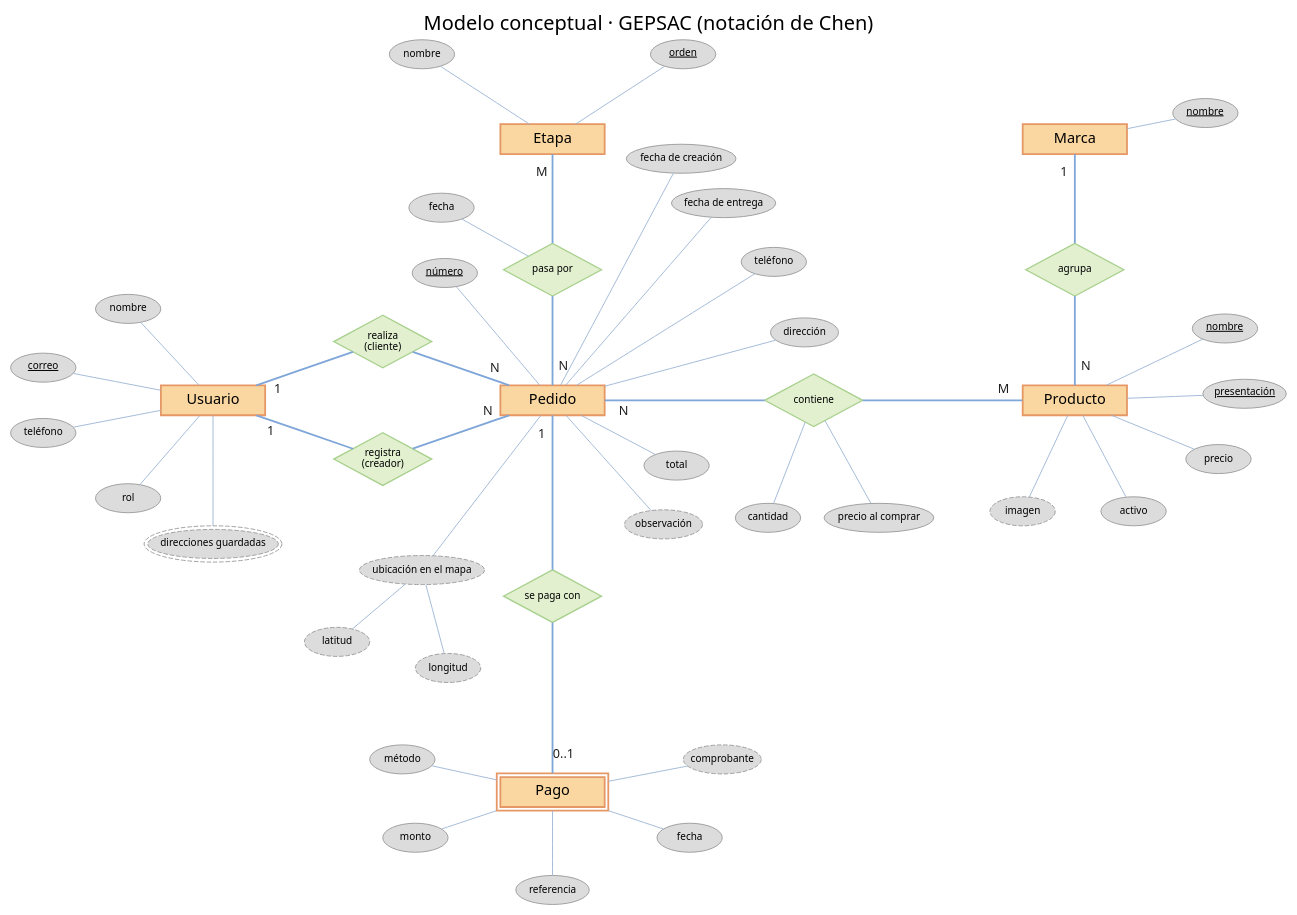
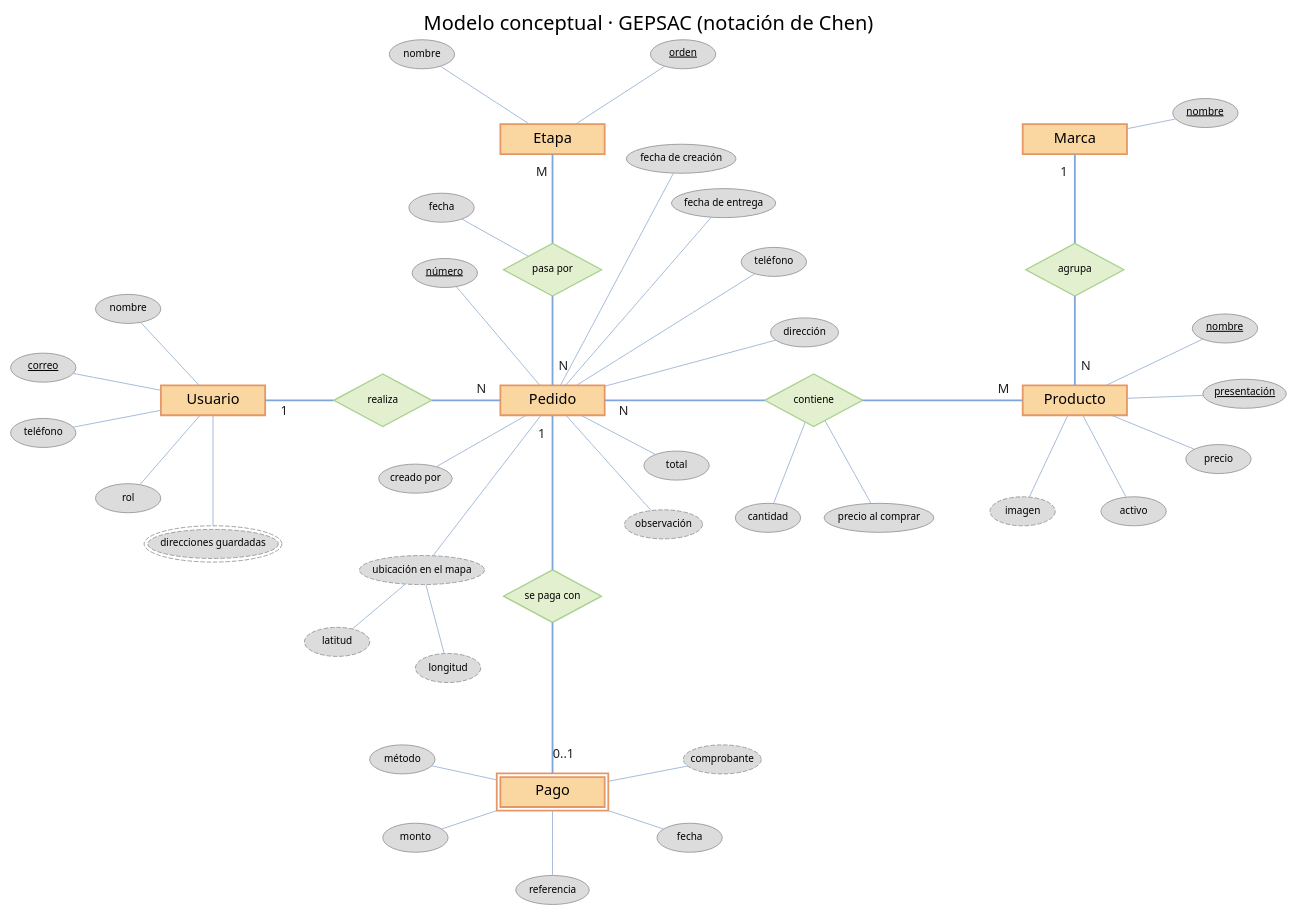
The diagram in docs/diagrams/modelo-conceptual-gepsac.dot (jorgesoto-13/APP-GEPSAC), drawn with Graphviz before and after one commit. The commit also changed 4 other files, not shown here.

Commit message:
Conceptual: quita la doble relación usuario-pedido; quién creó el pedido pasa a ser el atributo 'creado por'

```diff
--- a/docs/diagrams/modelo-conceptual-gepsac.dot
+++ b/docs/diagrams/modelo-conceptual-gepsac.dot
@@ -1,98 +1,97 @@
 graph conceptual {
   layout=neato
   splines=false
   label="Modelo conceptual · GEPSAC (notación de Chen)"
   labelloc=t
   fontname="Segoe UI"
   fontsize=22
   bgcolor=white
   node [fontname="Segoe UI", fixedsize=true]
   edge [fontname="Segoe UI", color="#7EA6D8", penwidth=2, fontsize=14, labelfontcolor="#1F1F1F", labeldistance=2.4, labelangle=-30]
   usu [label="Usuario", shape=box, style=filled, fillcolor="#FAD7A0", color="#E59866", penwidth=2, fontsize=16, width=1.60, height=0.46, pos="3.80,8.00!"]
   ped [label="Pedido", shape=box, style=filled, fillcolor="#FAD7A0", color="#E59866", penwidth=2, fontsize=16, width=1.60, height=0.46, pos="9.00,8.00!"]
   pro [label="Producto", shape=box, style=filled, fillcolor="#FAD7A0", color="#E59866", penwidth=2, fontsize=16, width=1.60, height=0.46, pos="17.00,8.00!"]
   mar [label="Marca", shape=box, style=filled, fillcolor="#FAD7A0", color="#E59866", penwidth=2, fontsize=16, width=1.60, height=0.46, pos="17.00,12.00!"]
   pag [label="Pago", shape=box, style=filled, fillcolor="#FAD7A0", color="#E59866", penwidth=2, fontsize=16, width=1.60, height=0.46, pos="9.00,2.00!", peripheries=2]
   eta [label="Etapa", shape=box, style=filled, fillcolor="#FAD7A0", color="#E59866", penwidth=2, fontsize=16, width=1.60, height=0.46, pos="9.00,12.00!"]
-  r_realiza [label="realiza\n(cliente)", shape=diamond, style=filled, fillcolor="#E2F0D0", color="#A9D18E", penwidth=1.5, fontsize=11, width=1.50, height=0.80, pos="6.40,8.90!"]
-  r_registra [label="registra\n(creador)", shape=diamond, style=filled, fillcolor="#E2F0D0", color="#A9D18E", penwidth=1.5, fontsize=11, width=1.50, height=0.80, pos="6.40,7.10!"]
+  r_realiza [label="realiza", shape=diamond, style=filled, fillcolor="#E2F0D0", color="#A9D18E", penwidth=1.5, fontsize=11, width=1.50, height=0.80, pos="6.40,8.00!"]
   r_contiene [label="contiene", shape=diamond, style=filled, fillcolor="#E2F0D0", color="#A9D18E", penwidth=1.5, fontsize=11, width=1.50, height=0.80, pos="13.00,8.00!"]
   r_agrupa [label="agrupa", shape=diamond, style=filled, fillcolor="#E2F0D0", color="#A9D18E", penwidth=1.5, fontsize=11, width=1.50, height=0.80, pos="17.00,10.00!"]
   r_paga [label="se paga con", shape=diamond, style=filled, fillcolor="#E2F0D0", color="#A9D18E", penwidth=1.5, fontsize=11, width=1.50, height=0.80, pos="9.00,5.00!"]
   r_pasa [label="pasa por", shape=diamond, style=filled, fillcolor="#E2F0D0", color="#A9D18E", penwidth=1.5, fontsize=11, width=1.50, height=0.80, pos="9.00,10.00!"]
   a_usu_0 [label="nombre", shape=ellipse, style="filled", fillcolor="#DCDCDC", color="#9A9A9A", fontsize=11, width=1.00, height=0.44, pos="2.50,9.40!"]
   a_usu_1 [label=<<U>correo</U>>, shape=ellipse, style="filled", fillcolor="#DCDCDC", color="#9A9A9A", fontsize=11, width=1.00, height=0.44, pos="1.20,8.50!"]
   a_usu_2 [label="teléfono", shape=ellipse, style="filled", fillcolor="#DCDCDC", color="#9A9A9A", fontsize=11, width=1.00, height=0.44, pos="1.20,7.50!"]
   a_usu_3 [label="rol", shape=ellipse, style="filled", fillcolor="#DCDCDC", color="#9A9A9A", fontsize=11, width=1.00, height=0.44, pos="2.50,6.50!"]
   a_usu_4 [label="direcciones guardadas", shape=ellipse, style="filled,dashed", fillcolor="#DCDCDC", color="#9A9A9A", fontsize=11, width=2.00, height=0.44, pos="3.80,5.80!", peripheries=2]
   a_eta_0 [label="nombre", shape=ellipse, style="filled", fillcolor="#DCDCDC", color="#9A9A9A", fontsize=11, width=1.00, height=0.44, pos="7.00,13.30!"]
   a_eta_1 [label=<<U>orden</U>>, shape=ellipse, style="filled", fillcolor="#DCDCDC", color="#9A9A9A", fontsize=11, width=1.00, height=0.44, pos="11.00,13.30!"]
   a_mar_0 [label=<<U>nombre</U>>, shape=ellipse, style="filled", fillcolor="#DCDCDC", color="#9A9A9A", fontsize=11, width=1.00, height=0.44, pos="19.00,12.40!"]
   a_pro_0 [label=<<U>nombre</U>>, shape=ellipse, style="filled", fillcolor="#DCDCDC", color="#9A9A9A", fontsize=11, width=1.00, height=0.44, pos="19.30,9.10!"]
   a_pro_1 [label=<<U>presentación</U>>, shape=ellipse, style="filled", fillcolor="#DCDCDC", color="#9A9A9A", fontsize=11, width=1.28, height=0.44, pos="19.60,8.10!"]
   a_pro_2 [label="precio", shape=ellipse, style="filled", fillcolor="#DCDCDC", color="#9A9A9A", fontsize=11, width=1.00, height=0.44, pos="19.20,7.10!"]
   a_pro_3 [label="activo", shape=ellipse, style="filled", fillcolor="#DCDCDC", color="#9A9A9A", fontsize=11, width=1.00, height=0.44, pos="17.90,6.30!"]
   a_pro_4 [label="imagen", shape=ellipse, style="filled,dashed", fillcolor="#DCDCDC", color="#9A9A9A", fontsize=11, width=1.00, height=0.44, pos="16.20,6.30!"]
   a_a_ped_7_0 [label="latitud", shape=ellipse, style="filled,dashed", fillcolor="#DCDCDC", color="#9A9A9A", fontsize=11, width=1.00, height=0.44, pos="5.70,4.30!"]
   a_a_ped_7_1 [label="longitud", shape=ellipse, style="filled,dashed", fillcolor="#DCDCDC", color="#9A9A9A", fontsize=11, width=1.00, height=0.44, pos="7.40,3.90!"]
   a_pag_0 [label="método", shape=ellipse, style="filled", fillcolor="#DCDCDC", color="#9A9A9A", fontsize=11, width=1.00, height=0.44, pos="6.70,2.50!"]
   a_pag_1 [label="monto", shape=ellipse, style="filled", fillcolor="#DCDCDC", color="#9A9A9A", fontsize=11, width=1.00, height=0.44, pos="6.90,1.30!"]
   a_pag_2 [label="referencia", shape=ellipse, style="filled", fillcolor="#DCDCDC", color="#9A9A9A", fontsize=11, width=1.12, height=0.44, pos="9.00,0.50!"]
   a_pag_3 [label="fecha", shape=ellipse, style="filled", fillcolor="#DCDCDC", color="#9A9A9A", fontsize=11, width=1.00, height=0.44, pos="11.10,1.30!"]
   a_pag_4 [label="comprobante", shape=ellipse, style="filled,dashed", fillcolor="#DCDCDC", color="#9A9A9A", fontsize=11, width=1.20, height=0.44, pos="11.60,2.50!"]
   a_ped_0 [label="dirección", shape=ellipse, style="filled", fillcolor="#DCDCDC", color="#9A9A9A", fontsize=11, width=1.04, height=0.44, pos="12.86,9.04!"]
   a_ped_1 [label="teléfono", shape=ellipse, style="filled", fillcolor="#DCDCDC", color="#9A9A9A", fontsize=11, width=1.00, height=0.44, pos="12.39,10.12!"]
   a_ped_2 [label="fecha de entrega", shape=ellipse, style="filled", fillcolor="#DCDCDC", color="#9A9A9A", fontsize=11, width=1.60, height=0.44, pos="11.62,11.02!"]
   a_ped_3 [label="fecha de creación", shape=ellipse, style="filled", fillcolor="#DCDCDC", color="#9A9A9A", fontsize=11, width=1.68, height=0.44, pos="10.97,11.70!"]
   a_ped_4 [label="total", shape=ellipse, style="filled", fillcolor="#DCDCDC", color="#9A9A9A", fontsize=11, width=1.00, height=0.44, pos="10.90,7.00!"]
   a_ped_5 [label="observación", shape=ellipse, style="filled,dashed", fillcolor="#DCDCDC", color="#9A9A9A", fontsize=11, width=1.20, height=0.44, pos="10.70,6.10!"]
   a_ped_6 [label=<<U>número</U>>, shape=ellipse, style="filled", fillcolor="#DCDCDC", color="#9A9A9A", fontsize=11, width=1.00, height=0.44, pos="7.35,9.95!"]
   a_ped_7 [label="ubicación en el mapa", shape=ellipse, style="filled,dashed", fillcolor="#DCDCDC", color="#9A9A9A", fontsize=11, width=1.92, height=0.44, pos="7.00,5.40!"]
+  a_ped_8 [label="creado por", shape=ellipse, style="filled", fillcolor="#DCDCDC", color="#9A9A9A", fontsize=11, width=1.12, height=0.44, pos="6.90,6.80!"]
   ar_contiene_0 [label="cantidad", shape=ellipse, style="filled", fillcolor="#DCDCDC", color="#9A9A9A", fontsize=11, width=1.00, height=0.44, pos="12.30,6.20!"]
   ar_contiene_1 [label="precio al comprar", shape=ellipse, style="filled", fillcolor="#DCDCDC", color="#9A9A9A", fontsize=11, width=1.68, height=0.44, pos="14.00,6.20!"]
   ar_pasa_0 [label="fecha", shape=ellipse, style="filled", fillcolor="#DCDCDC", color="#9A9A9A", fontsize=11, width=1.00, height=0.44, pos="7.30,10.95!"]
   usu -- r_realiza [taillabel="1"]
   r_realiza -- ped [headlabel="N"]
-  usu -- r_registra [taillabel="1"]
-  r_registra -- ped [headlabel="N"]
   ped -- r_contiene [taillabel="N"]
   r_contiene -- pro [headlabel="M"]
   mar -- r_agrupa [taillabel="1"]
   r_agrupa -- pro [headlabel="N"]
   ped -- r_paga [taillabel="1"]
   r_paga -- pag [headlabel="0..1"]
   eta -- r_pasa [taillabel="M"]
   r_pasa -- ped [headlabel="N"]
   edge [color="#9DB5D6", penwidth=1]
   usu -- a_usu_0
   usu -- a_usu_1
   usu -- a_usu_2
   usu -- a_usu_3
   usu -- a_usu_4
   eta -- a_eta_0
   eta -- a_eta_1
   mar -- a_mar_0
   pro -- a_pro_0
   pro -- a_pro_1
   pro -- a_pro_2
   pro -- a_pro_3
   pro -- a_pro_4
   a_ped_7 -- a_a_ped_7_0
   a_ped_7 -- a_a_ped_7_1
   pag -- a_pag_0
   pag -- a_pag_1
   pag -- a_pag_2
   pag -- a_pag_3
   pag -- a_pag_4
   ped -- a_ped_0
   ped -- a_ped_1
   ped -- a_ped_2
   ped -- a_ped_3
   ped -- a_ped_4
   ped -- a_ped_5
   ped -- a_ped_6
   ped -- a_ped_7
+  ped -- a_ped_8
   r_contiene -- ar_contiene_0
   r_contiene -- ar_contiene_1
   r_pasa -- ar_pasa_0
 }
```
